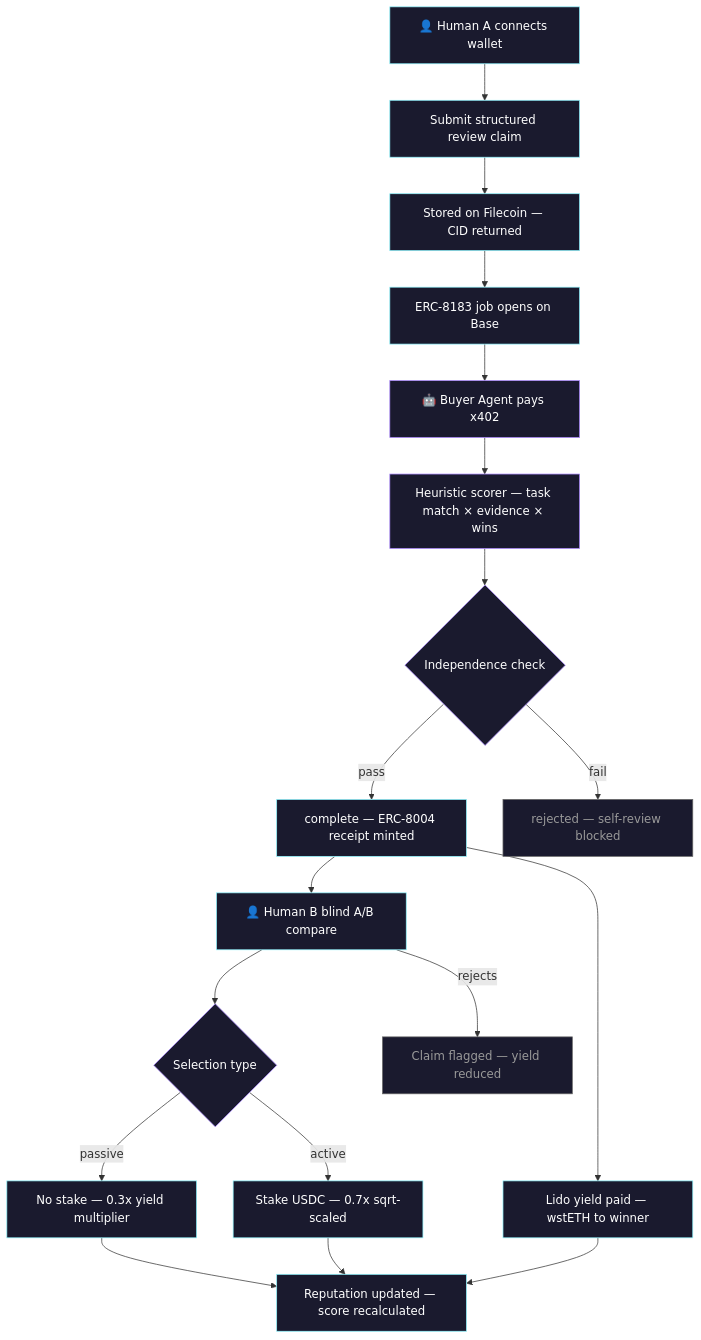
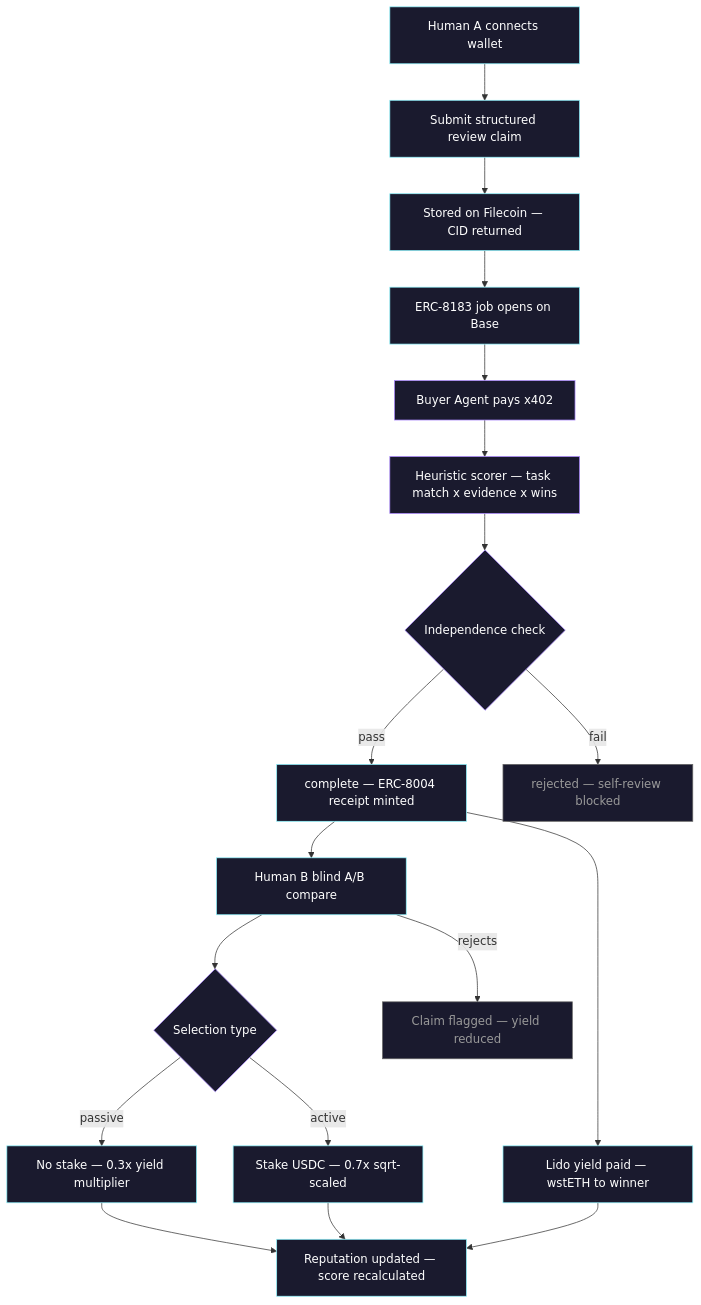
Before and after one commit to StakeHumanSignal/StakeHumanSignal: the first of 3 diagrams in README.md, drawn with Mermaid. The commit also changed other lines of this file, not shown here.

````diff
--- a/README.md
+++ b/README.md
@@ -110,37 +52,37 @@
 ```mermaid
 graph TD
-    A[👤 Human A connects wallet] --> B[Submit structured review claim]
+    A[Human A connects wallet] --> B[Submit structured review claim]
     B --> C[Stored on Filecoin — CID returned]
     C --> D[ERC-8183 job opens on Base]
-    D --> E[🤖 Buyer Agent pays x402]
-    E --> F[Heuristic scorer — task match × evidence × wins]
+    D --> E[Buyer Agent pays x402]
+    E --> F[Heuristic scorer — task match x evidence x wins]
     F --> G{Independence check}
     G -->|pass| H[complete — ERC-8004 receipt minted]
     G -->|fail| I[rejected — self-review blocked]
     H --> J[Lido yield paid — wstETH to winner]
-    H --> K[👤 Human B blind A/B compare]
+    H --> K[Human B blind A/B compare]
     K --> K1{Selection type}
     K1 -->|passive| K2[No stake — 0.3x yield multiplier]
     K1 -->|active| K3[Stake USDC — 0.7x sqrt-scaled]
     K2 --> L[Reputation updated — score recalculated]
     K3 --> L
     K -->|rejects| M[Claim flagged — yield reduced]
     J --> L
 
     style A fill:#1a1a2e,stroke:#8ff5ff,color:#fff
     style B fill:#1a1a2e,stroke:#8ff5ff,color:#fff
     style C fill:#1a1a2e,stroke:#8ff5ff,color:#fff
     style D fill:#1a1a2e,stroke:#8ff5ff,color:#fff
     style E fill:#1a1a2e,stroke:#ac89ff,color:#fff
     style F fill:#1a1a2e,stroke:#ac89ff,color:#fff
     style G fill:#1a1a2e,stroke:#ac89ff,color:#fff
     style H fill:#1a1a2e,stroke:#8ff5ff,color:#fff
     style I fill:#1a1a2e,stroke:#666,color:#999
     style J fill:#1a1a2e,stroke:#8ff5ff,color:#fff
     style K fill:#1a1a2e,stroke:#8ff5ff,color:#fff
     style K1 fill:#1a1a2e,stroke:#ac89ff,color:#fff
     style K2 fill:#1a1a2e,stroke:#8ff5ff,color:#fff
     style K3 fill:#1a1a2e,stroke:#8ff5ff,color:#fff
     style L fill:#1a1a2e,stroke:#8ff5ff,color:#fff
     style M fill:#1a1a2e,stroke:#666,color:#999
 ```
````
